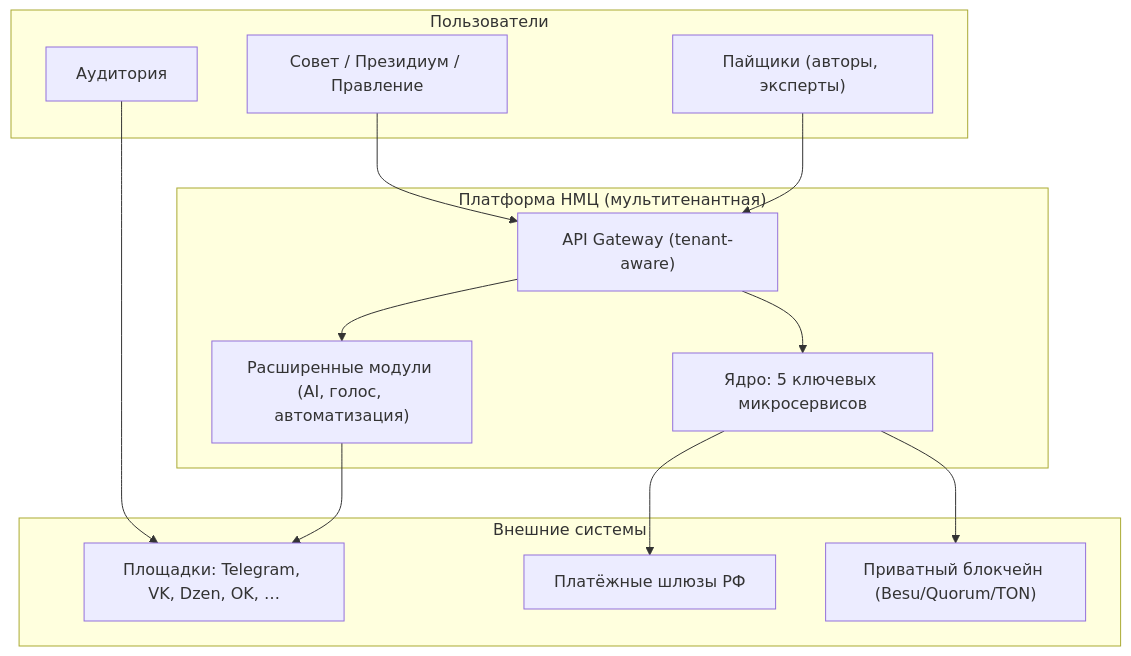
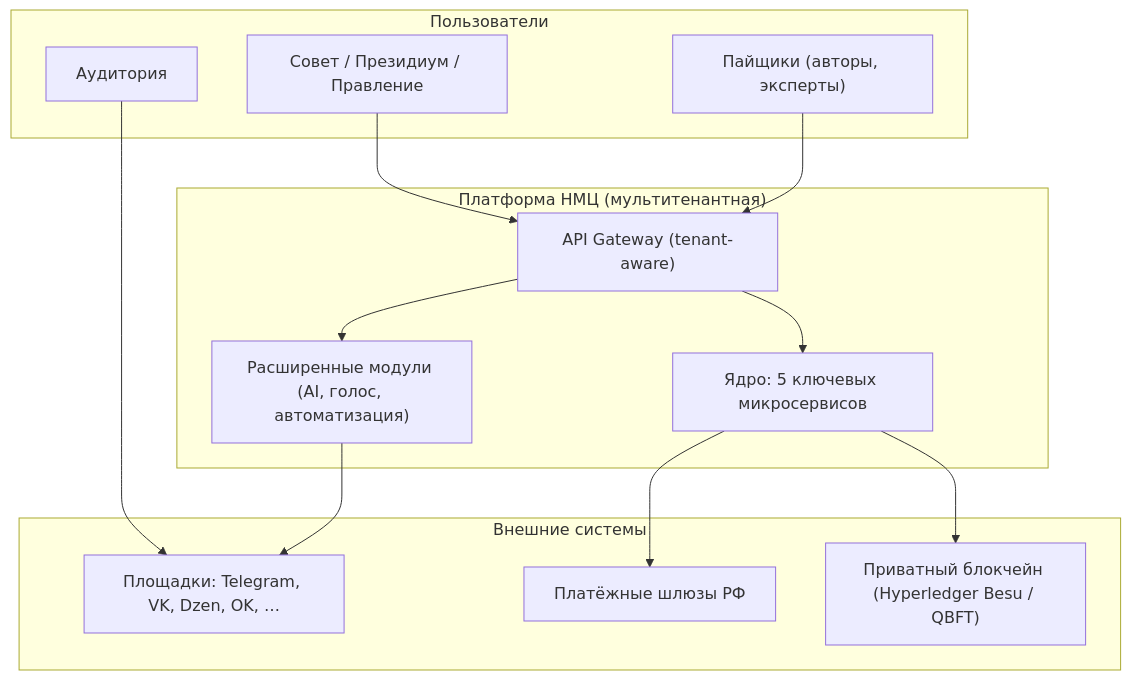
One commit to xlabtg/Media_Center changed the first of 5 diagrams in docs/ARCHITECTURE.md. Above: the diagram before and after it, drawn with Mermaid. The commit also changed other lines of this file and 10 other files, not shown here.

````diff
--- a/docs/ARCHITECTURE.md
+++ b/docs/ARCHITECTURE.md
@@ -29,29 +29,29 @@
 ```mermaid
 flowchart TB
     subgraph Users["Пользователи"]
         Council["Совет / Президиум / Правление"]
         Member["Пайщики (авторы, эксперты)"]
         Audience["Аудитория"]
     end
 
     subgraph NMC["Платформа НМЦ (мультитенантная)"]
         Gateway["API Gateway (tenant-aware)"]
         Core["Ядро: 5 ключевых микросервисов"]
         Ext["Расширенные модули (AI, голос, автоматизация)"]
     end
 
     subgraph External["Внешние системы"]
         Platforms["Площадки: Telegram, VK, Dzen, OK, …"]
         Pay["Платёжные шлюзы РФ"]
-        Chain["Приватный блокчейн (Besu/Quorum/TON)"]
+        Chain["Приватный блокчейн (Hyperledger Besu / QBFT)"]
     end
 
     Council --> Gateway
     Member --> Gateway
     Audience --> Platforms
     Gateway --> Core
     Gateway --> Ext
     Core --> Chain
     Ext --> Platforms
     Core --> Pay
 ```
````
